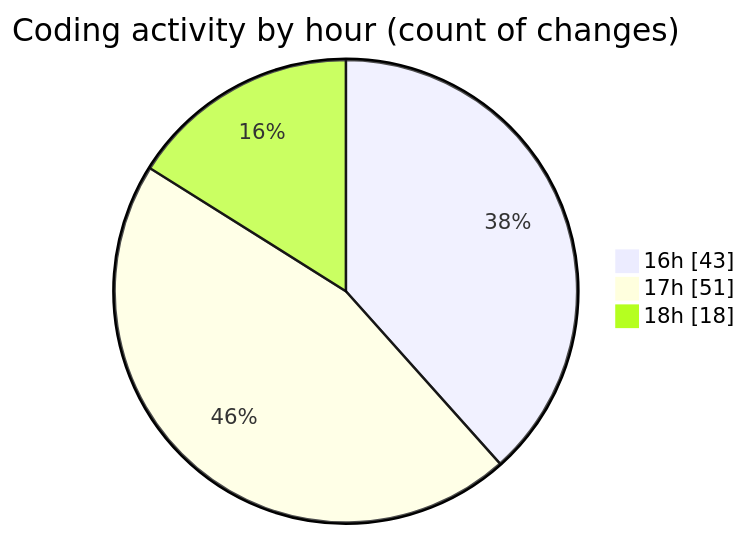
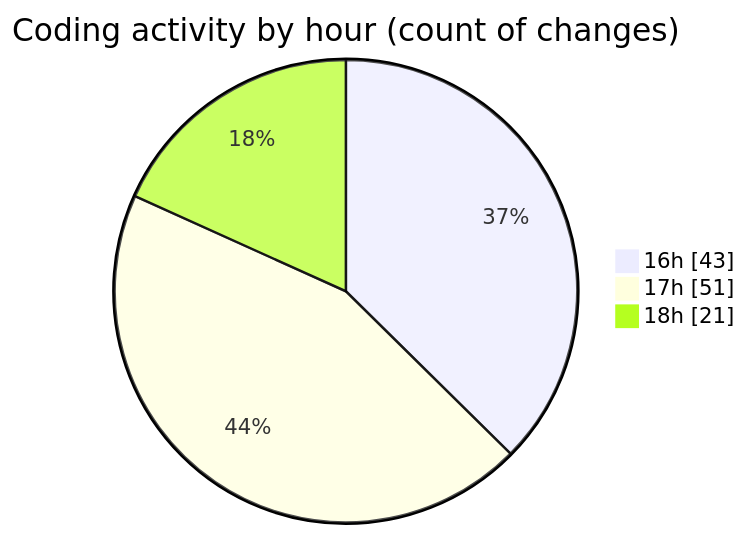
Before and after one commit to momahboobian/code-tracking: the second of 2 diagrams in 2026-11-13/broadcaster-v6-feature/README.md, drawn with Mermaid. The commit also changed other lines of this file and 1 other file, not shown here.

````diff
--- a/2026-11-13/broadcaster-v6-feature/README.md
+++ b/2026-11-13/broadcaster-v6-feature/README.md
@@ -63,7 +64,7 @@
 ```mermaid
 pie showData
 title Coding activity by hour (count of changes)
 "16h" : 43
 "17h" : 51
-"18h" : 18
+"18h" : 21
 ```
````
